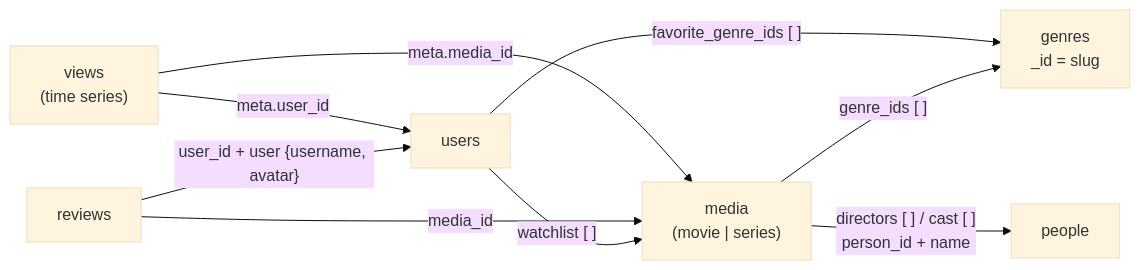
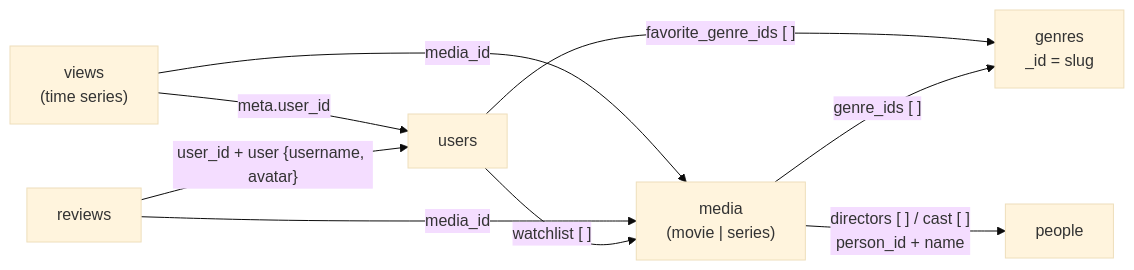
One commit to AugustoGiuffrida/Proyecto_DB2 changed the diagram in colecciones.md. Above: the diagram before and after it, drawn with Mermaid (base theme). The commit also changed other lines of this file and 15 other files, not shown here.

````diff
--- a/colecciones.md
+++ b/colecciones.md
@@ -16,18 +16,18 @@
 ```mermaid
 flowchart LR
     genres["genres<br/>_id = slug"]
     people["people"]
     media["media<br/>(movie | series)"]
     users["users"]
     reviews["reviews"]
     views["views<br/>(time series)"]
 
     media -- "genre_ids [ ]" --> genres
     media -- "directors [ ] / cast [ ]<br/>person_id + name" --> people
     users -- "watchlist [ ]" --> media
     users -- "favorite_genre_ids [ ]" --> genres
     reviews -- "media_id" --> media
     reviews -- "user_id + user {username, avatar}" --> users
-    views -- "meta.media_id" --> media
+    views -- "media_id" --> media
     views -- "meta.user_id" --> users
 ```
````
